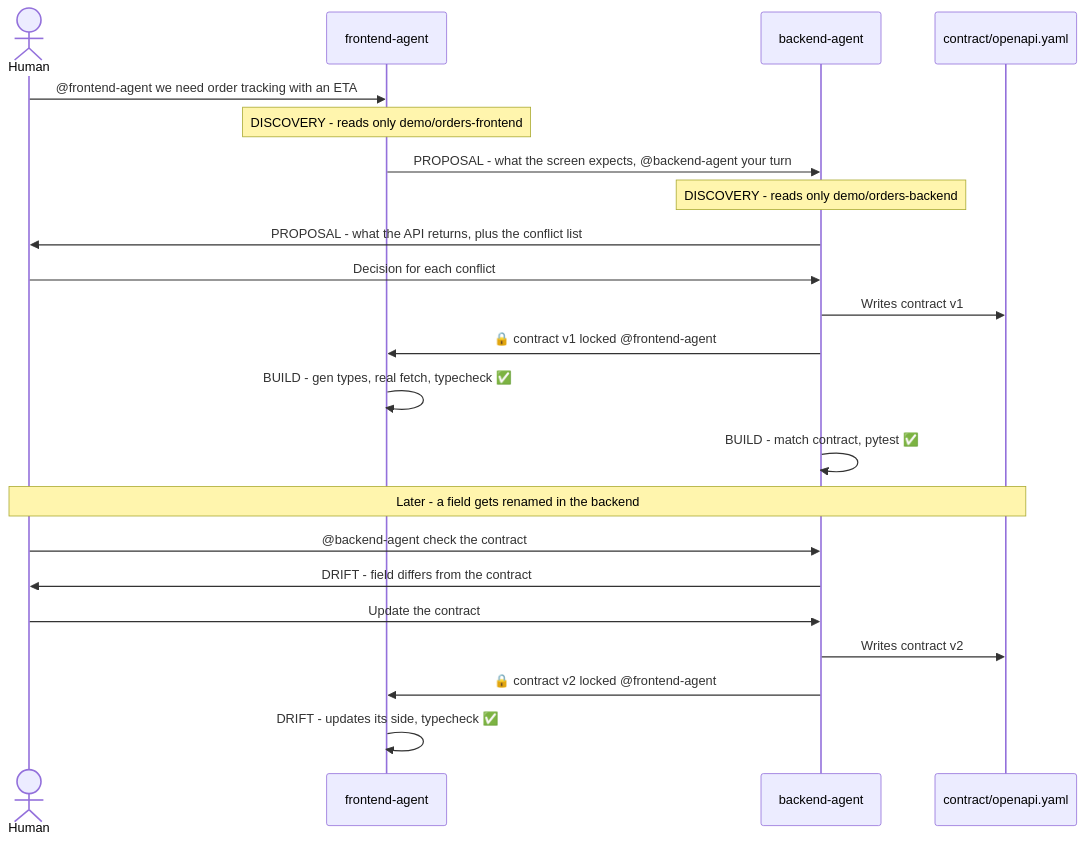
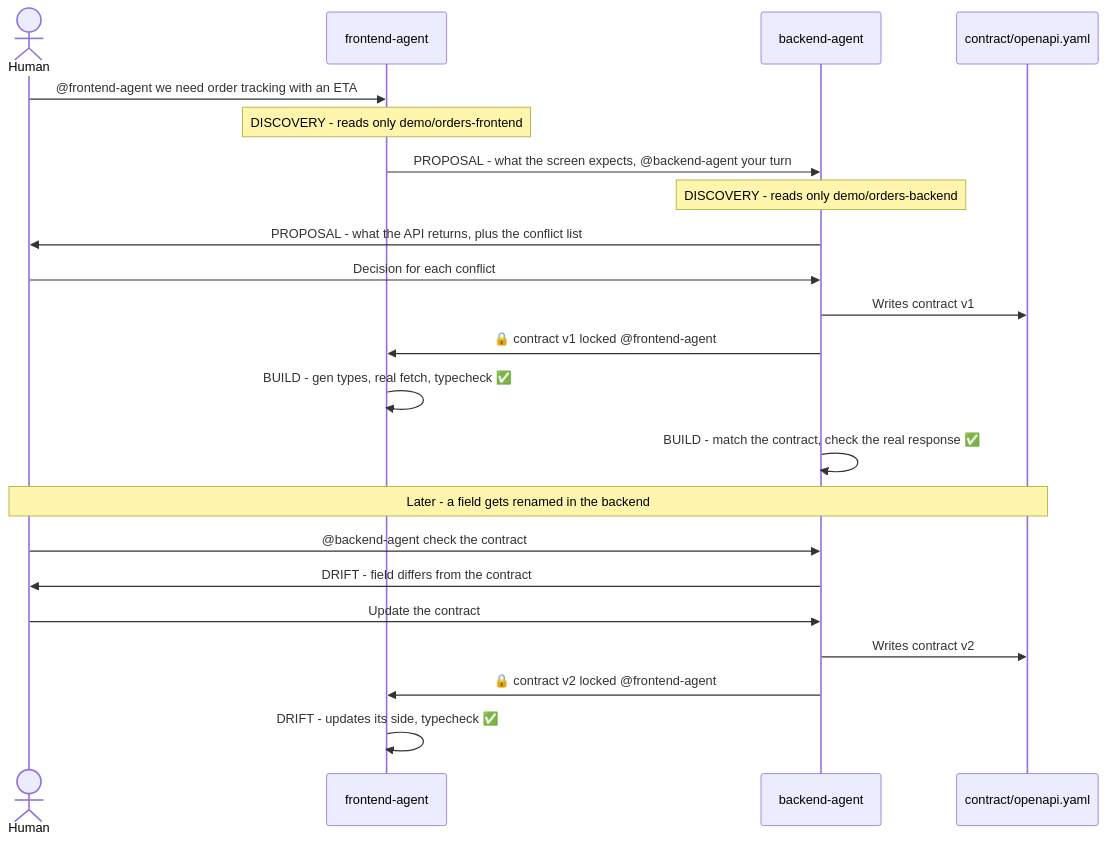
One commit to vaanyaagarwal27/handshake changed the diagram in README.md. Above: the diagram before and after it, drawn with Mermaid. The commit also changed other lines of this file, not shown here.

Commit message:
docs: README setup steps, why-not-Pact, seeded demo, known issue, contract checks

````diff
--- a/README.md
+++ b/README.md
@@ -23,25 +24,25 @@
 ```mermaid
 sequenceDiagram
     actor H as Human
     participant FA as frontend-agent
     participant BA as backend-agent
     participant C as contract/openapi.yaml
 
     H->>FA: @frontend-agent we need order tracking with an ETA
     Note over FA: DISCOVERY - reads only demo/orders-frontend
     FA->>BA: PROPOSAL - what the screen expects, @backend-agent your turn
     Note over BA: DISCOVERY - reads only demo/orders-backend
     BA->>H: PROPOSAL - what the API returns, plus the conflict list
     H->>BA: Decision for each conflict
     BA->>C: Writes contract v1
     BA->>FA: 🔒 contract v1 locked @frontend-agent
     FA->>FA: BUILD - gen types, real fetch, typecheck ✅
-    BA->>BA: BUILD - match contract, pytest ✅
+    BA->>BA: BUILD - match the contract, check the real response ✅
     Note over H,C: Later - a field gets renamed in the backend
     H->>BA: @backend-agent check the contract
     BA->>H: DRIFT - field differs from the contract
     H->>BA: Update the contract
     BA->>C: Writes contract v2
     BA->>FA: 🔒 contract v2 locked @frontend-agent
     FA->>FA: DRIFT - updates its side, typecheck ✅
 ```
````
